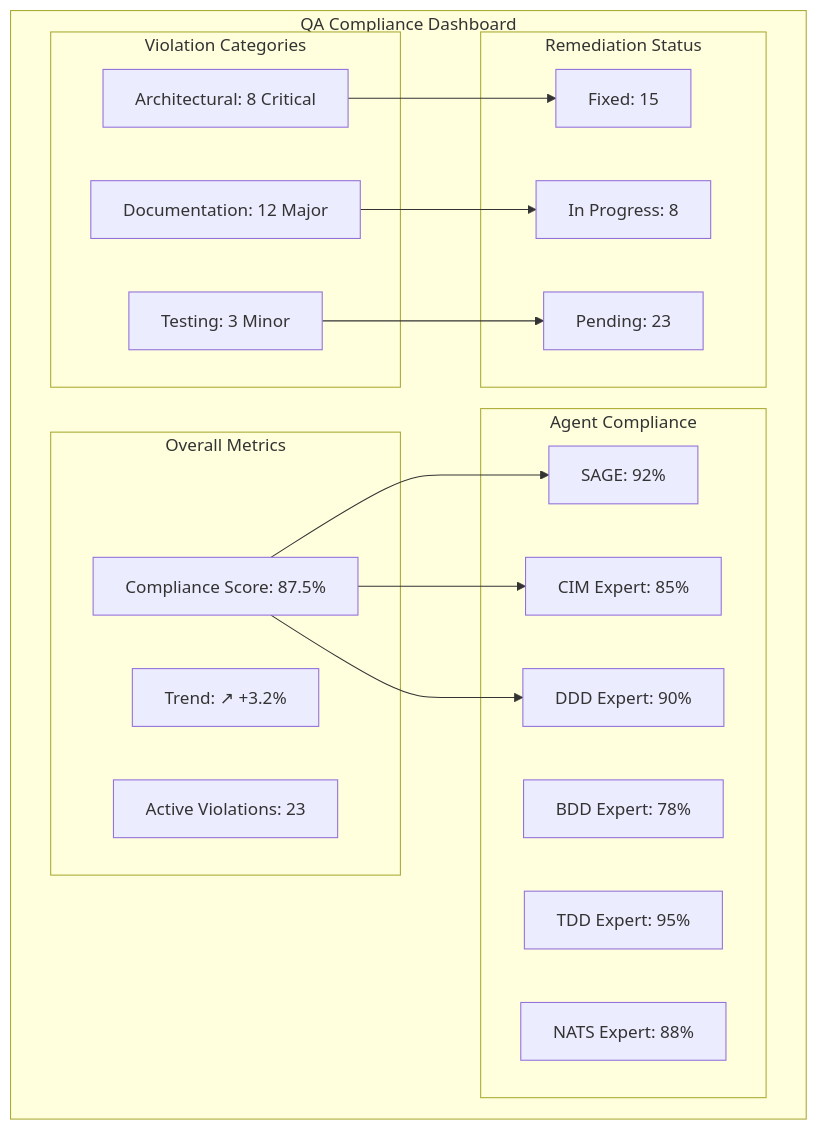
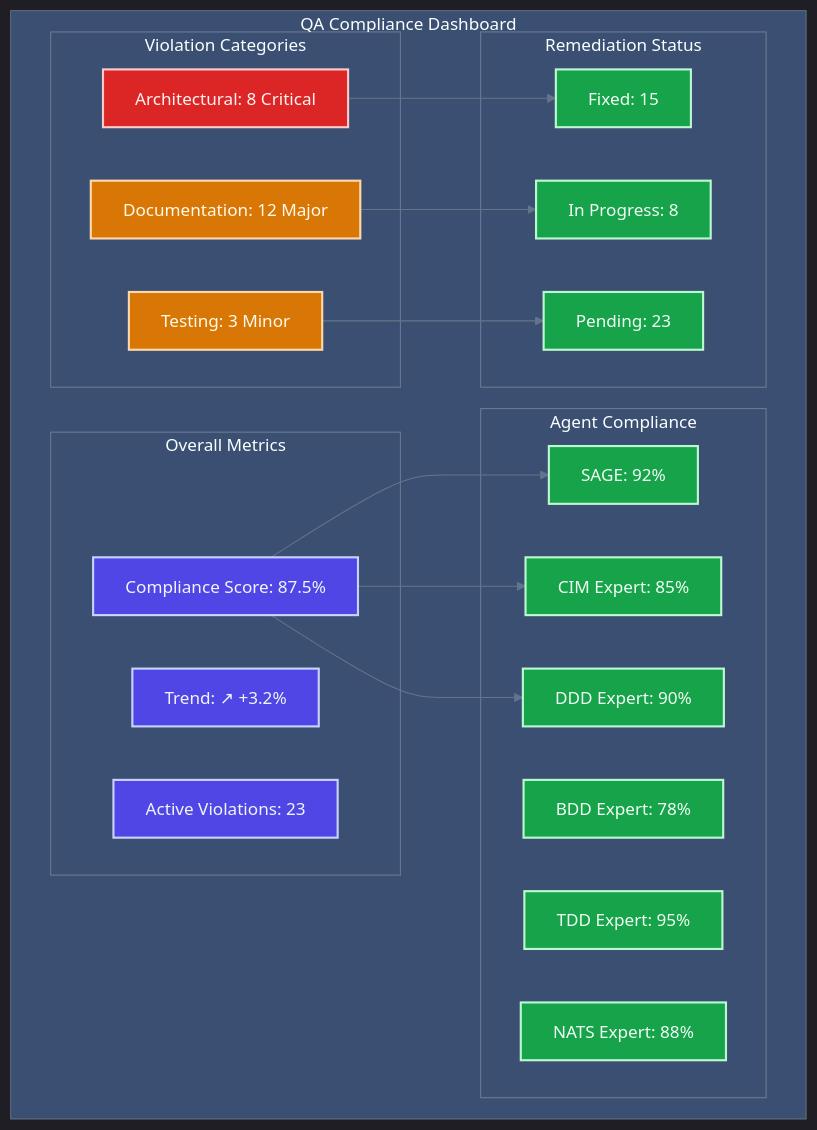
The first of 3 diagrams in .claude/agents/qa-expert.md (TheCowboyAI/cim-start), drawn with Mermaid before and after one commit. The commit also changed other lines of this file and 33 other files, not shown here.

````diff
--- a/.claude/agents/qa-expert.md
+++ b/.claude/agents/qa-expert.md
@@ -579,38 +598,51 @@
 ```mermaid
+%%{init: {"theme":"dark","themeVariables":{"primaryColor":"#4f46e5","primaryTextColor":"#f8fafc","primaryBorderColor":"#6366f1","lineColor":"#64748b","secondaryColor":"#1e293b","tertiaryColor":"#0f172a","background":"#0f172a","mainBkg":"#1e293b","secondBkg":"#334155","tertiaryBkg":"#475569"}}}%%
 graph TB
     subgraph "QA Compliance Dashboard"
         subgraph "Overall Metrics"
             SCORE[Compliance Score: 87.5%]
             TREND[Trend: ↗ +3.2%]
             VIOLATIONS[Active Violations: 23]
         end
         
         subgraph "Agent Compliance"
             SAGE[SAGE: 92%]
             CIM[CIM Expert: 85%]
             DDD[DDD Expert: 90%]
             BDD[BDD Expert: 78%]
             TDD[TDD Expert: 95%]
             NATS[NATS Expert: 88%]
         end
         
         subgraph "Violation Categories"
             ARCH[Architectural: 8 Critical]
             DOC[Documentation: 12 Major]
             TEST[Testing: 3 Minor]
         end
         
         subgraph "Remediation Status"
             FIXED[Fixed: 15]
             PROGRESS[In Progress: 8]
             PENDING[Pending: 23]
         end
         
         SCORE --> SAGE
         SCORE --> CIM
         SCORE --> DDD
         ARCH --> FIXED
         DOC --> PROGRESS
         TEST --> PENDING
     end
+    
+    classDef metricNode fill:#4f46e5,stroke:#c7d2fe,stroke-width:2px,color:#f1f5f9
+    classDef agentNode fill:#16a34a,stroke:#bbf7d0,stroke-width:2px,color:#f0fdf4
+    classDef criticalNode fill:#dc2626,stroke:#fecaca,stroke-width:2px,color:#fef2f2
+    classDef warningNode fill:#d97706,stroke:#fed7aa,stroke-width:2px,color:#fffbeb
+    classDef successNode fill:#16a34a,stroke:#bbf7d0,stroke-width:2px,color:#f0fdf4
+    
+    class SCORE,TREND,VIOLATIONS metricNode
+    class SAGE,CIM,DDD,BDD,TDD,NATS agentNode
+    class ARCH criticalNode
+    class DOC,TEST warningNode
+    class FIXED,PROGRESS,PENDING successNode
 ```
````
